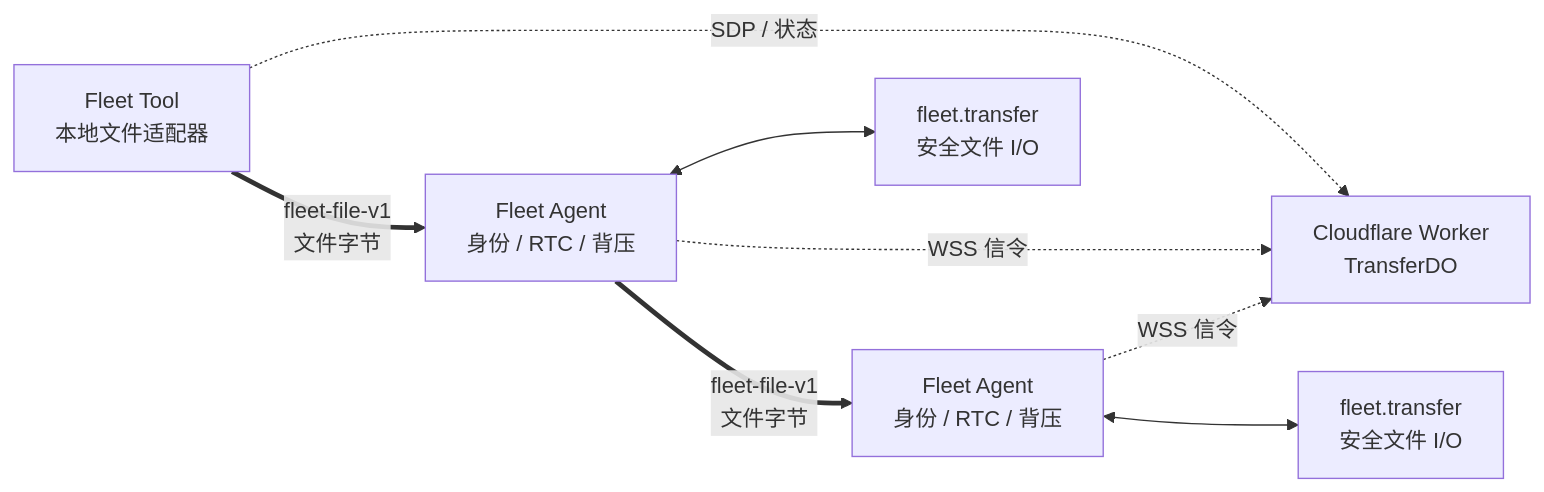
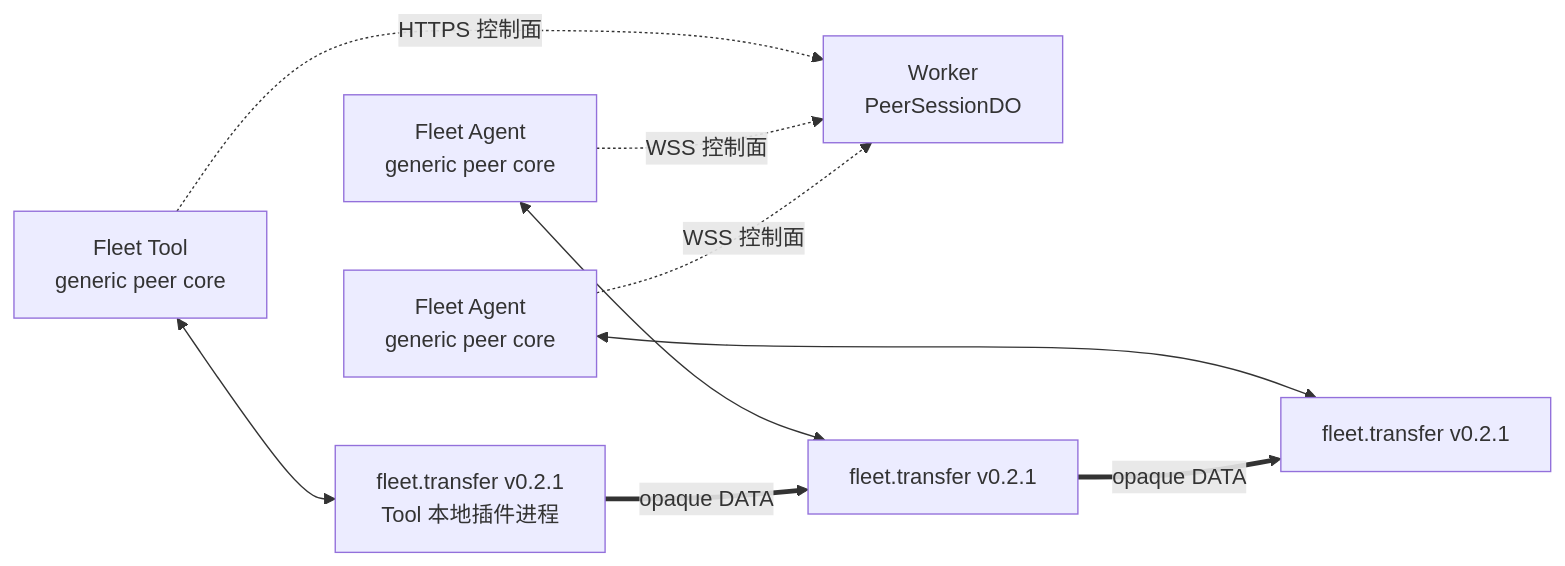
One commit to TITOCHAN2023/fleetForAgent changed the first of 4 diagrams in docs/FILE_TRANSFER.md. Above: the diagram before and after it, drawn with Mermaid. The commit also changed other lines of this file and 68 other files, not shown here.

Commit message:
feat: add generic peer plugin runtime

````diff
--- a/docs/FILE_TRANSFER.md
+++ b/docs/FILE_TRANSFER.md
@@ -21,10 +21,11 @@
 ```mermaid
 flowchart LR
-  T[Fleet Tool\n本地文件适配器] -. SDP / 状态 .-> W[Cloudflare Worker\nTransferDO]
-  A1[Fleet Agent\n身份 / RTC / 背压] -. WSS 信令 .-> W
-  A2[Fleet Agent\n身份 / RTC / 背压] -. WSS 信令 .-> W
-  A1 <--> P1[fleet.transfer\n安全文件 I/O]
-  A2 <--> P2[fleet.transfer\n安全文件 I/O]
-  T == fleet-file-v1\n文件字节 ==> A1
-  A1 == fleet-file-v1\n文件字节 ==> A2
+  T[Fleet Tool<br/>generic peer core] -. HTTPS 控制面 .-> W[Worker<br/>PeerSessionDO]
+  A1[Fleet Agent<br/>generic peer core] -. WSS 控制面 .-> W
+  A2[Fleet Agent<br/>generic peer core] -. WSS 控制面 .-> W
+  T <--> PT[fleet.transfer v0.2.1<br/>Tool 本地插件进程]
+  A1 <--> P1[fleet.transfer v0.2.1]
+  A2 <--> P2[fleet.transfer v0.2.1]
+  PT == opaque DATA ==> P1
+  P1 == opaque DATA ==> P2
 ```
````
